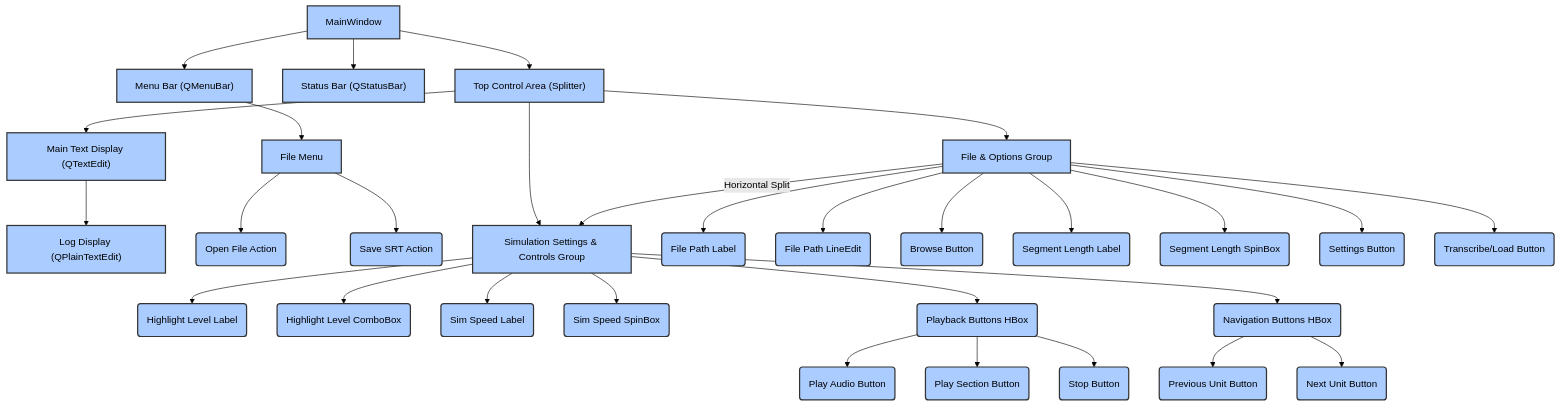
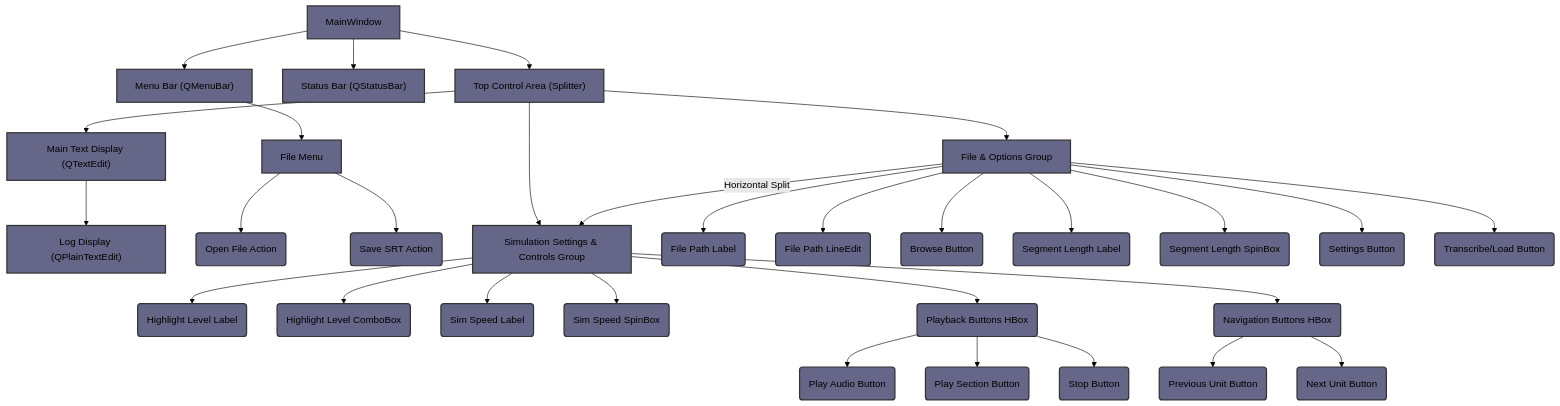
Before and after one commit to fernicar/Parakeet_GUI: the diagram in README.md, drawn with Mermaid (forest theme).

````diff
--- a/README.md
+++ b/README.md
@@ -109,45 +109,45 @@
 ```mermaid
 graph TD
     A[MainWindow] --> B["Top Control Area (Splitter)"]
     B --> C["Main Text Display (QTextEdit)"]
     C --> D["Log Display (QPlainTextEdit)"]
     A --> E["Status Bar (QStatusBar)"]
     A --> F["Menu Bar (QMenuBar)"]
     F --> F1[File Menu]
     F1 --> F1a(Open File Action)
     F1 --> F1b(Save SRT Action)
 
 
     B --> B1[File & Options Group]
     B --> B2[Simulation Settings & Controls Group]
     B1 -- Horizontal Split --> B2
 
     B1 --> B1a(File Path Label)
     B1 --> B1b(File Path LineEdit)
     B1 --> B1c(Browse Button)
     B1 --> B1d(Segment Length Label)
     B1 --> B1e(Segment Length SpinBox)
     B1 --> B1f(Settings Button)
     B1 --> B1g(Transcribe/Load Button)
 
 
     B2 --> B2h(Highlight Level Label)
     B2 --> B2i(Highlight Level ComboBox)
     B2 --> B2j(Sim Speed Label)
     B2 --> B2k(Sim Speed SpinBox)
     B2 --> B2l(Playback Buttons HBox)
     B2 --> B2m(Navigation Buttons HBox)
 
     B2l --> B2l1(Play Audio Button)
     B2l --> B2l2(Play Section Button)
     B2l --> B2l3(Stop Button)
 
     B2m --> B2m1(Previous Unit Button)
     B2m --> B2m2(Next Unit Button)
 
 
     classDef default fill:#f9f,stroke:#333,stroke-width:2px;
-    classDef pyqt fill:#acf,stroke:#333,stroke-width:2px;
+    classDef pyqt fill:#668,stroke:#333,stroke-width:2px;
     class A,B,C,D,E,F,F1,F1a,F1b pyqt;
     class B1,B2,B1a,B1b,B1c,B1d,B1e,B1f,B1g,B2h,B2i,B2j,B2k,B2l,B2m,B2l1,B2l2,B2l3,B2m1,B2m2 pyqt;
 ```
````
